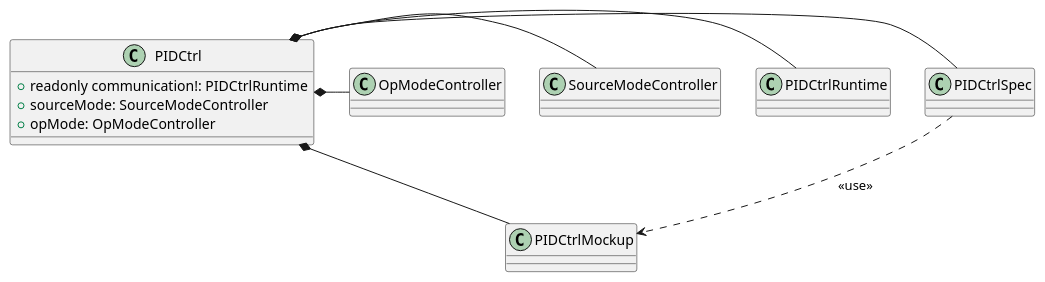
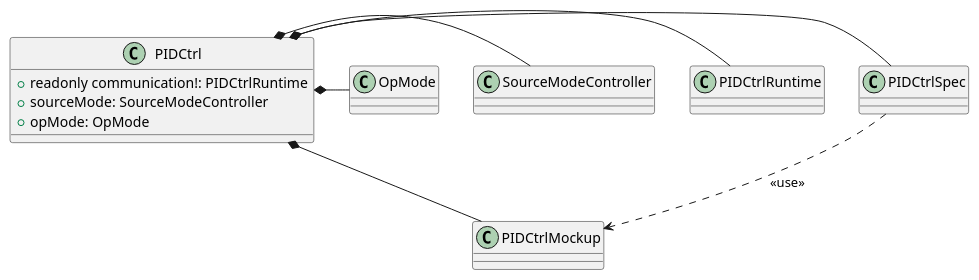
Before and after one commit to p2o-lab/polaris-backend: the diagram in src/modularPlantManager/pea/dataAssembly/activeElement/PIDCtrl/PIDCtrl.puml, drawn with PlantUML. The commit also changed 162 other files, not shown here.

```diff
--- a/src/modularPlantManager/pea/dataAssembly/activeElement/PIDCtrl/PIDCtrl.puml
+++ b/src/modularPlantManager/pea/dataAssembly/activeElement/PIDCtrl/PIDCtrl.puml
@@ -26,20 +26,20 @@
 @startuml
 'https://plantuml.com/class-diagram
 
 class PIDCtrl{
     + readonly communication!: PIDCtrlRuntime
     + sourceMode: SourceModeController
-    + opMode: OpModeController
+    + opMode: OpMode
 }
 
 PIDCtrl *- PIDCtrlSpec
 PIDCtrlSpec ..> PIDCtrlMockup : <<use>>
 PIDCtrl *- PIDCtrlMockup
 PIDCtrl *- PIDCtrlRuntime
 PIDCtrl *- SourceModeController
-PIDCtrl *- OpModeController
+PIDCtrl *- OpMode
 
 
 
 
 @enduml
```
